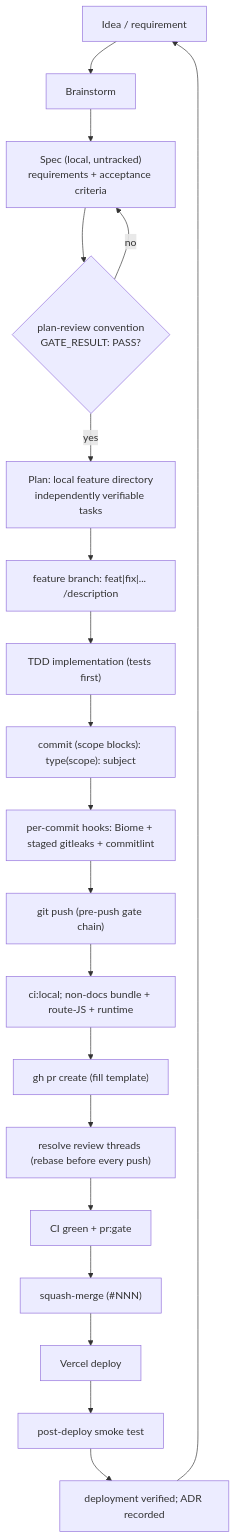
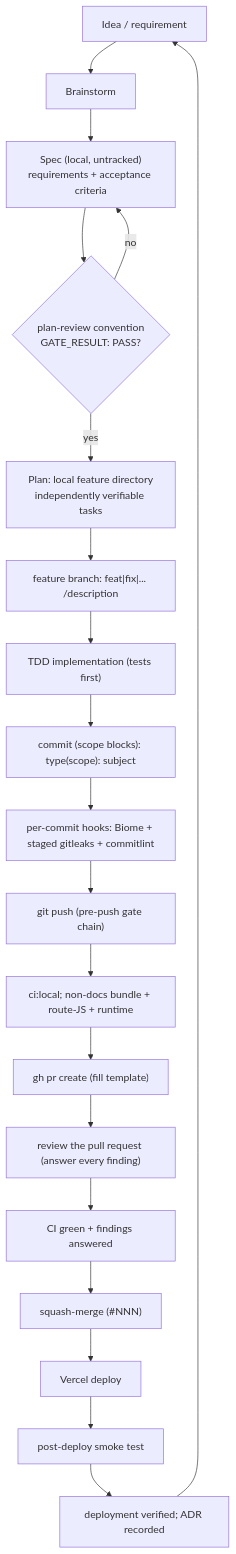
The first of 2 diagrams in docs/handbook/development-lifecycle.md (erikunha/portfolio), drawn with Mermaid before and after one commit. The commit also changed other lines of this file and 28 other files, not shown here.

````diff
--- a/docs/handbook/development-lifecycle.md
+++ b/docs/handbook/development-lifecycle.md
@@ -7,22 +7,22 @@
 ```mermaid
 flowchart TD
     idea["Idea / requirement"] --> brainstorm["Brainstorm"]
     brainstorm --> spec["Spec (local, untracked)<br/>requirements + acceptance criteria"]
     spec --> agate{"plan-review convention<br/>GATE_RESULT: PASS?"}
     agate -->|no| spec
     agate -->|yes| plan["Plan: local feature directory<br/>independently verifiable tasks"]
     plan --> branch["feature branch: feat|fix|... /description"]
     branch --> tdd["TDD implementation (tests first)"]
     tdd --> commit["commit (scope blocks): type(scope): subject"]
     commit --> hooks["per-commit hooks: Biome + staged gitleaks + commitlint"]
     hooks --> push["git push (pre-push gate chain)"]
     push --> readypr["ci:local; non-docs bundle + route-JS + runtime"]
     readypr --> pr["gh pr create (fill template)"]
-    pr --> conv["resolve review threads (rebase before every push)"]
-    conv --> readymerge["CI green + pr:gate"]
+    pr --> conv["review the pull request (answer every finding)"]
+    conv --> readymerge["CI green + findings answered"]
     readymerge --> merge["squash-merge (#NNN)"]
     merge --> deploy["Vercel deploy"]
     deploy --> smoke["post-deploy smoke test"]
     smoke --> adr["deployment verified; ADR recorded"]
     adr --> idea
 ```
````
